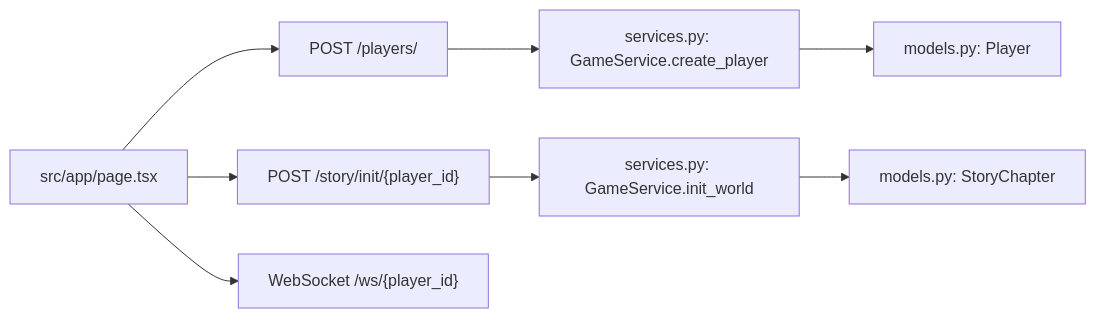
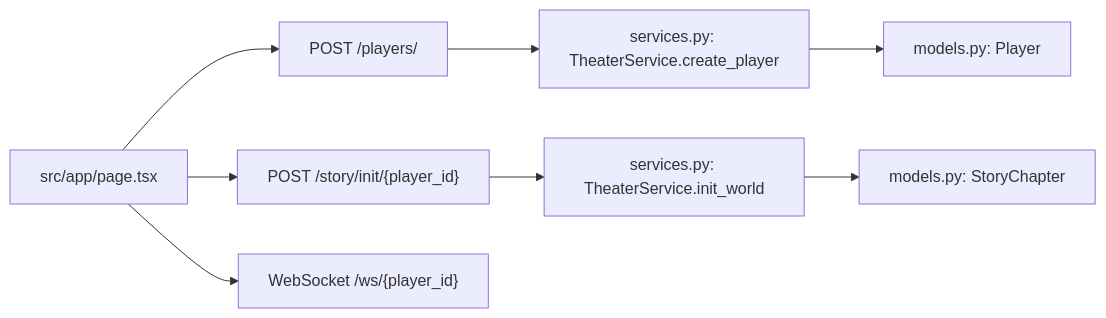
Before and after one commit to KunLabAI/KunFlix: the fifth of 6 diagrams in .qoder/repowiki/zh/content/前端开发指南/Next.js 应用架构.md, drawn with Mermaid. The commit also changed other lines of this file and 112 other files, not shown here.

````diff
--- a/.qoder/repowiki/zh/content/前端开发指南/Next.js 应用架构.md
+++ b/.qoder/repowiki/zh/content/前端开发指南/Next.js 应用架构.md
@@ -229,10 +229,10 @@
 ```mermaid
 graph LR
 A["src/app/page.tsx"] --> B["POST /players/"]
 A --> C["POST /story/init/{player_id}"]
 A --> D["WebSocket /ws/{player_id}"]
-B --> E["services.py: GameService.create_player"]
-C --> F["services.py: GameService.init_world"]
+B --> E["services.py: TheaterService.create_player"]
+C --> F["services.py: TheaterService.init_world"]
 E --> G["models.py: Player"]
 F --> H["models.py: StoryChapter"]
 ```
````
